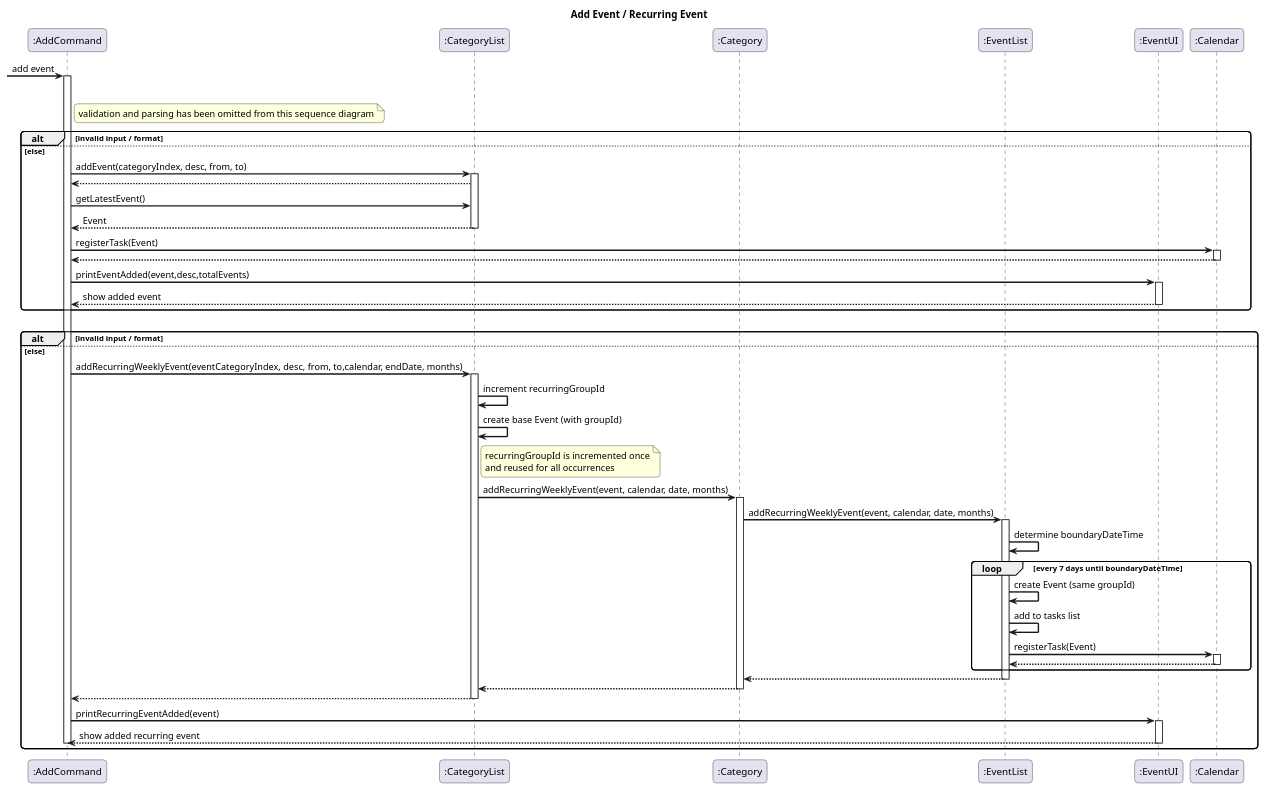
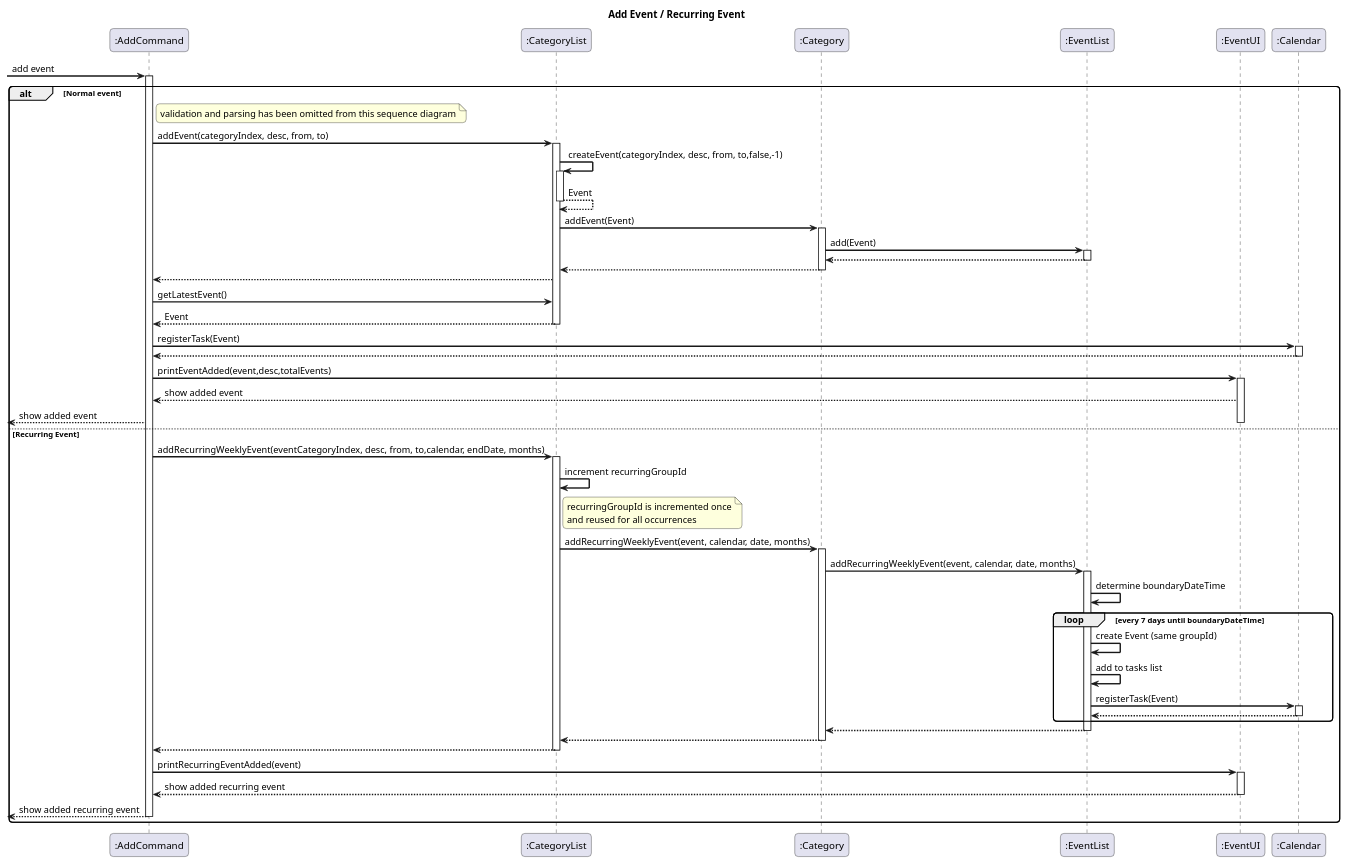
Before and after one commit to WenJunYu5984/tp: the diagram in docs/puml/AddEvent.puml, drawn with PlantUML. The commit also changed 7 other files, not shown here.

Commit message:
Simplify sequence diagrams

```diff
--- a/docs/puml/AddEvent.puml
+++ b/docs/puml/AddEvent.puml
@@ -1,91 +1,97 @@
 @startuml AddEvent
 
 skinparam sequenceArrowThickness 2
 skinparam roundcorner 10
 
 title Add Event / Recurring Event
 
 participant ":AddCommand" as AC
 participant ":CategoryList" as CL
 participant ":Category" as CAT
 participant ":EventList" as EL
 participant ":EventUI" as UI
 participant ":Calendar" as CAL
 
  -> AC : add event
 activate AC
 
 
-alt Normal Event
+alt Normal event
     note right of AC
         validation and parsing has been omitted from this sequence diagram
     end note
-    alt invalid input / format
-    else else
         AC -> CL : addEvent(categoryIndex, desc, from, to)
         activate CL
+        CL -> CL : createEvent(categoryIndex, desc, from, to,false,-1)
+        activate CL
+        CL --> CL : Event
+        deactivate CL
+        CL -> CAT : addEvent(Event)
+        activate CAT
+        CAT -> EL : add(Event)
+        activate EL
+        EL --> CAT
+        deactivate EL
+        CAT --> CL
+        deactivate CAT
         CL --> AC
 
         AC -> CL : getLatestEvent()
         CL --> AC : Event
         deactivate CL
 
         AC -> CAL : registerTask(Event)
         activate CAL
         CAL --> AC
         deactivate CAL
 
         AC -> UI : printEventAdded(event,desc,totalEvents)
         activate UI
         UI --> AC : show added event
+        AC -->[ : show added event
         deactivate UI
-    end
 
 else Recurring Event
-'    AC -> AC : validate input + parse recurring details
 
-    alt invalid input / format
-    else else
         AC -> CL : addRecurringWeeklyEvent(eventCategoryIndex, desc, from, to,calendar, endDate, months)
         activate CL
 
         CL -> CL : increment recurringGroupId
-        CL -> CL : create base Event (with groupId)
-
         note right of CL
         recurringGroupId is incremented once
         and reused for all occurrences
         end note
 
         CL -> CAT : addRecurringWeeklyEvent(event, calendar, date, months)
         activate CAT
 
         CAT -> EL : addRecurringWeeklyEvent(event, calendar, date, months)
         activate EL
 
         EL -> EL : determine boundaryDateTime
 
         loop every 7 days until boundaryDateTime
             EL -> EL : create Event (same groupId)
             EL -> EL : add to tasks list
             EL -> CAL : registerTask(Event)
             activate CAL
             CAL --> EL
             deactivate CAL
         end
 
         EL --> CAT
         deactivate EL
         CAT --> CL
         deactivate CAT
         CL --> AC
         deactivate CL
 
         AC -> UI : printRecurringEventAdded(event)
         activate UI
         UI --> AC : show added recurring event
         deactivate UI
+        AC -->[ : show added recurring event
         deactivate AC
     end
 
 @enduml
```
